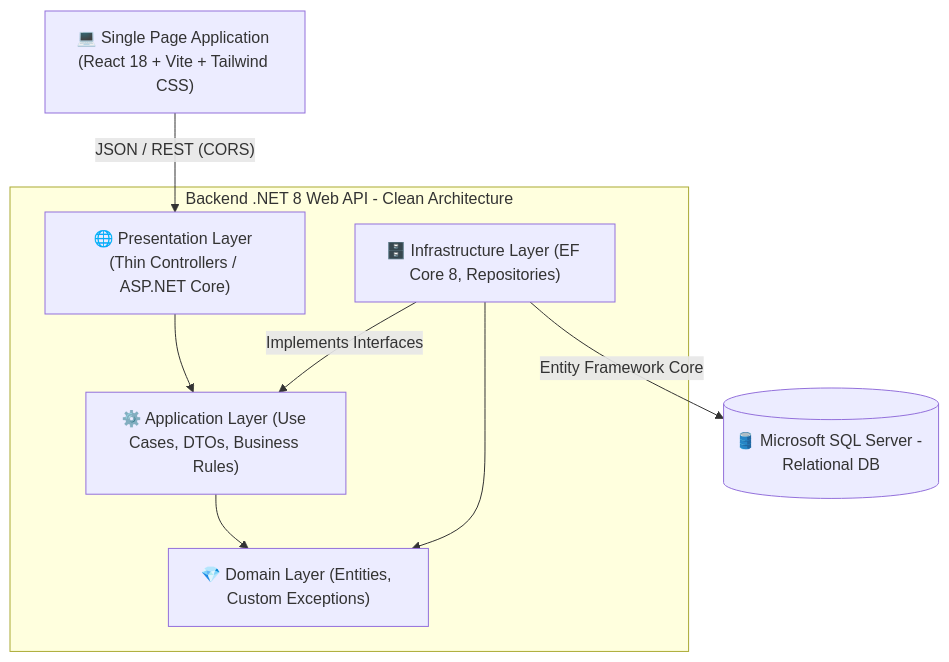
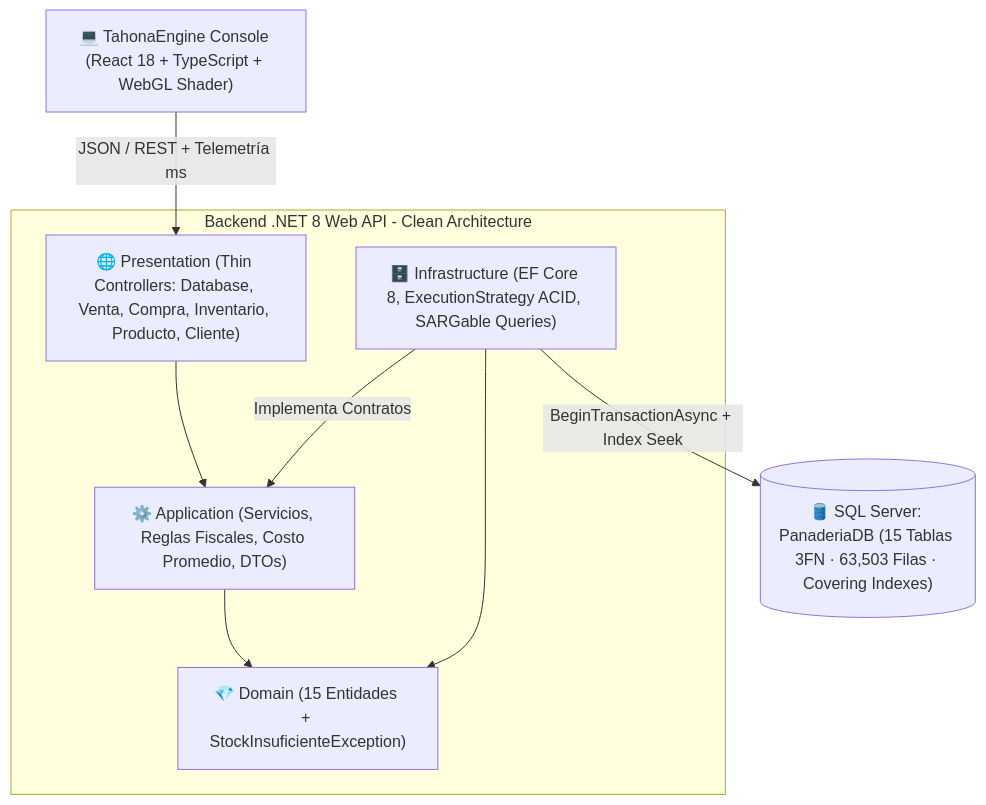
One commit to ElorichV/Sistema-de-gestion-para-panaderias changed the first of 3 diagrams in README.md. Above: the diagram before and after it, drawn with Mermaid. The commit also changed other lines of this file and 48 other files, not shown here.

First line of the commit message:
feat: add TahonaEngine DB console, 3-year SQL seed, and ER architecture maps

````diff
--- a/README.md
+++ b/README.md
@@ -36,20 +21,20 @@
 ```mermaid
 flowchart TD
-    Client["💻 Single Page Application (React 18 + Vite + Tailwind CSS)"]
+    UI["💻 TahonaEngine Console (React 18 + TypeScript + WebGL Shader)"]
 
     subgraph Backend["Backend .NET 8 Web API - Clean Architecture"]
-        API["🌐 Presentation Layer (Thin Controllers / ASP.NET Core)"]
-        App["⚙️ Application Layer (Use Cases, DTOs, Business Rules)"]
-        Domain["💎 Domain Layer (Entities, Custom Exceptions)"]
-        Infra["🗄️ Infrastructure Layer (EF Core 8, Repositories)"]
+        API["🌐 Presentation (Thin Controllers: Database, Venta, Compra, Inventario, Producto, Cliente)"]
+        App["⚙️ Application (Servicios, Reglas Fiscales, Costo Promedio, DTOs)"]
+        Domain["💎 Domain (15 Entidades + StockInsuficienteException)"]
+        Infra["🗄️ Infrastructure (EF Core 8, ExecutionStrategy ACID, SARGable Queries)"]
     end
 
-    DB[("🛢️ Microsoft SQL Server - Relational DB")]
+    DB[("🛢️ SQL Server: PanaderiaDB (15 Tablas 3FN · 63,503 Filas · Covering Indexes)")]
 
-    Client -->|"JSON / REST (CORS)"| API
+    UI -->|"JSON / REST + Telemetría ms"| API
     API --> App
     App --> Domain
-    Infra -->|"Implements Interfaces"| App
+    Infra -->|"Implementa Contratos"| App
     Infra --> Domain
-    Infra -->|"Entity Framework Core"| DB
+    Infra -->|"BeginTransactionAsync + Index Seek"| DB
 ```
````
